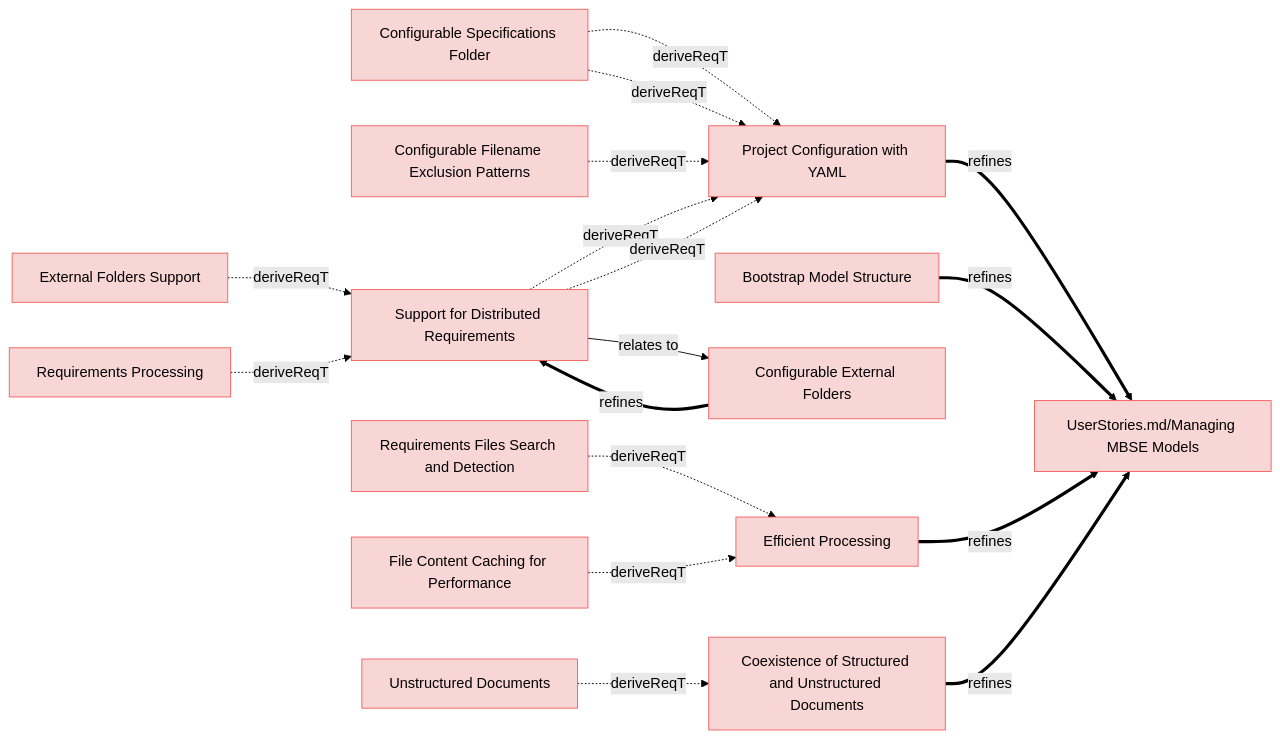
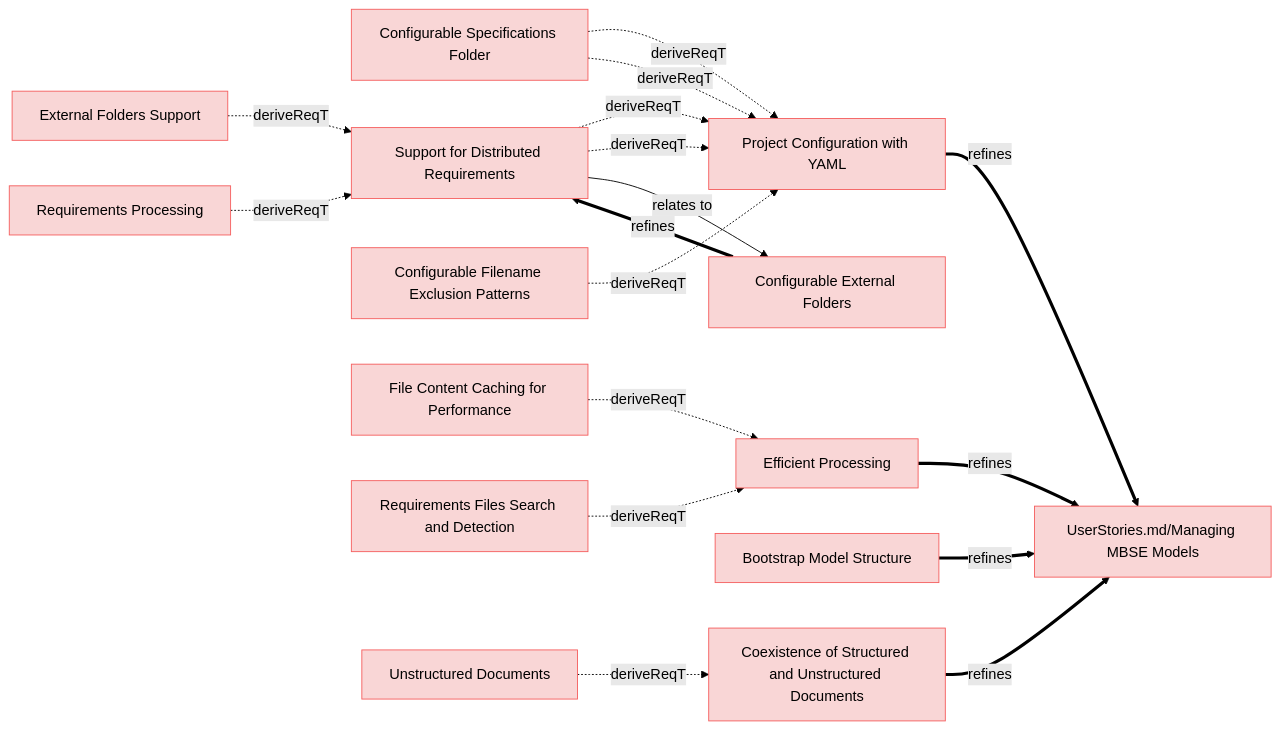
Before and after one commit to reqvire-org/reqvire: the diagram in specifications/ManagingMbseModelsRequirements.md, drawn with Mermaid (forest theme). The commit also changed other lines of this file and 8 other files, not shown here.

Commit message:
DIagrams Update.

````diff
--- a/specifications/ManagingMbseModelsRequirements.md
+++ b/specifications/ManagingMbseModelsRequirements.md
@@ -4,67 +4,67 @@
 ```mermaid
 graph LR;
   %% Graph styling
   classDef requirement fill:#f9d6d6,stroke:#f55f5f,stroke-width:1px;
   classDef verification fill:#d6f9d6,stroke:#5fd75f,stroke-width:1px;
   classDef externalLink fill:#d0e0ff,stroke:#3080ff,stroke-width:1px;
   classDef default fill:#f5f5f5,stroke:#333333,stroke-width:1px;
 
   ce24dbacb9["Project Configuration with YAML"];
   click ce24dbacb9 "ManagingMbseModelsRequirements.md#project-configuration-with-yaml";
   class ce24dbacb9 requirement;
   852dea6cfe["UserStories.md/Managing MBSE Models"];
   class 852dea6cfe requirement;
   click 852dea6cfe "UserStories.md#managing-mbse-models";
   ce24dbacb9 ==>|refines| 852dea6cfe;
   61be4a1815["Configurable Specifications Folder"];
   class 61be4a1815 requirement;
   click 61be4a1815 "ManagingMbseModelsRequirements.md#configurable-specifications-folder";
   61be4a1815 -.->|deriveReqT| ce24dbacb9;
+  e7286123b1["Support for Distributed Requirements"];
+  class e7286123b1 requirement;
+  click e7286123b1 "ManagingMbseModelsRequirements.md#support-for-distributed-requirements";
+  e7286123b1 -.->|deriveReqT| ce24dbacb9;
   cc8128cae3["Configurable Filename Exclusion Patterns"];
   class cc8128cae3 requirement;
   click cc8128cae3 "SystemRequirements/Requirements.md#configurable-filename-exclusion-patterns";
   cc8128cae3 -.->|deriveReqT| ce24dbacb9;
-  e7286123b1["Support for Distributed Requirements"];
-  class e7286123b1 requirement;
-  click e7286123b1 "ManagingMbseModelsRequirements.md#support-for-distributed-requirements";
+  61be4a1815 -.->|deriveReqT| ce24dbacb9;
+  21e4eb87cb["Efficient Processing"];
+  click 21e4eb87cb "ManagingMbseModelsRequirements.md#efficient-processing";
+  class 21e4eb87cb requirement;
+  21e4eb87cb ==>|refines| 852dea6cfe;
+  98bd2bd6bd["File Content Caching for Performance"];
+  class 98bd2bd6bd requirement;
+  click 98bd2bd6bd "SystemRequirements/Requirements.md#file-content-caching-for-performance";
+  98bd2bd6bd -.->|deriveReqT| 21e4eb87cb;
+  2737f2d770["Requirements Files Search and Detection"];
+  class 2737f2d770 requirement;
+  click 2737f2d770 "SystemRequirements/Requirements.md#requirements-files-search-and-detection";
+  2737f2d770 -.->|deriveReqT| 21e4eb87cb;
   e7286123b1 -.->|deriveReqT| ce24dbacb9;
-  61be4a1815 -.->|deriveReqT| ce24dbacb9;
-  96bbd81f5c["Bootstrap Model Structure"];
-  click 96bbd81f5c "ManagingMbseModelsRequirements.md#bootstrap-model-structure";
-  class 96bbd81f5c requirement;
-  96bbd81f5c ==>|refines| 852dea6cfe;
-  a5483b08d4["Configurable External Folders"];
-  click a5483b08d4 "ManagingMbseModelsRequirements.md#configurable-external-folders";
-  class a5483b08d4 requirement;
-  a5483b08d4 ==>|refines| e7286123b1;
-  e7286123b1 -.->|deriveReqT| ce24dbacb9;
-  e7286123b1 -->|relates to| a5483b08d4;
   d38ab4ad13["External Folders Support"];
   class d38ab4ad13 requirement;
   click d38ab4ad13 "SystemRequirements/Requirements.md#external-folders-support";
   d38ab4ad13 -.->|deriveReqT| e7286123b1;
   99bed90a0d["Requirements Processing"];
   class 99bed90a0d requirement;
   click 99bed90a0d "SystemRequirements/Requirements.md#requirements-processing";
   99bed90a0d -.->|deriveReqT| e7286123b1;
-  21e4eb87cb["Efficient Processing"];
-  click 21e4eb87cb "ManagingMbseModelsRequirements.md#efficient-processing";
-  class 21e4eb87cb requirement;
-  21e4eb87cb ==>|refines| 852dea6cfe;
-  2737f2d770["Requirements Files Search and Detection"];
-  class 2737f2d770 requirement;
-  click 2737f2d770 "SystemRequirements/Requirements.md#requirements-files-search-and-detection";
-  2737f2d770 -.->|deriveReqT| 21e4eb87cb;
-  98bd2bd6bd["File Content Caching for Performance"];
-  class 98bd2bd6bd requirement;
-  click 98bd2bd6bd "SystemRequirements/Requirements.md#file-content-caching-for-performance";
-  98bd2bd6bd -.->|deriveReqT| 21e4eb87cb;
+  a5483b08d4["Configurable External Folders"];
+  class a5483b08d4 requirement;
+  click a5483b08d4 "ManagingMbseModelsRequirements.md#configurable-external-folders";
+  e7286123b1 -->|relates to| a5483b08d4;
+  a5483b08d4 ==>|refines| e7286123b1;
+  96bbd81f5c["Bootstrap Model Structure"];
+  click 96bbd81f5c "ManagingMbseModelsRequirements.md#bootstrap-model-structure";
+  class 96bbd81f5c requirement;
+  96bbd81f5c ==>|refines| 852dea6cfe;
   daadd8e583["Coexistence of Structured and Unstructured Documents"];
   click daadd8e583 "ManagingMbseModelsRequirements.md#coexistence-of-structured-and-unstructured-documents";
   class daadd8e583 requirement;
   daadd8e583 ==>|refines| 852dea6cfe;
   5a1719a264["Unstructured Documents"];
   class 5a1719a264 requirement;
   click 5a1719a264 "SystemRequirements/Requirements.md#unstructured-documents";
   5a1719a264 -.->|deriveReqT| daadd8e583;
 ```
````
